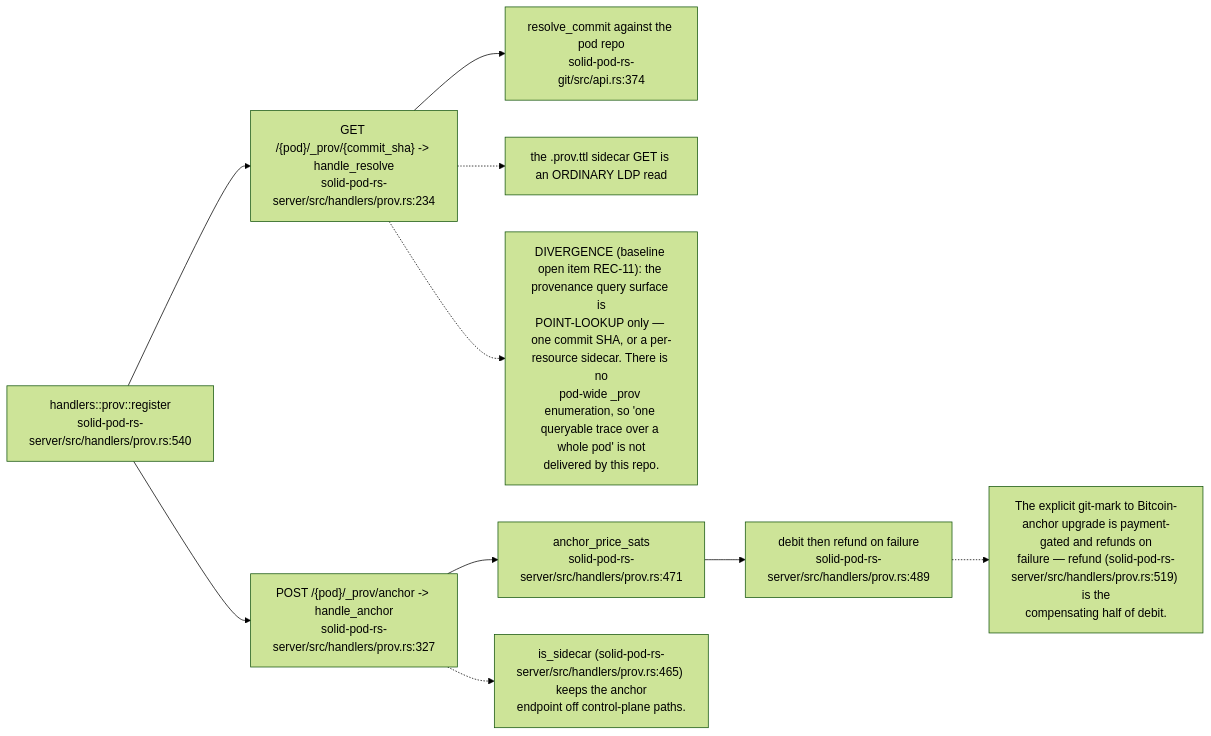
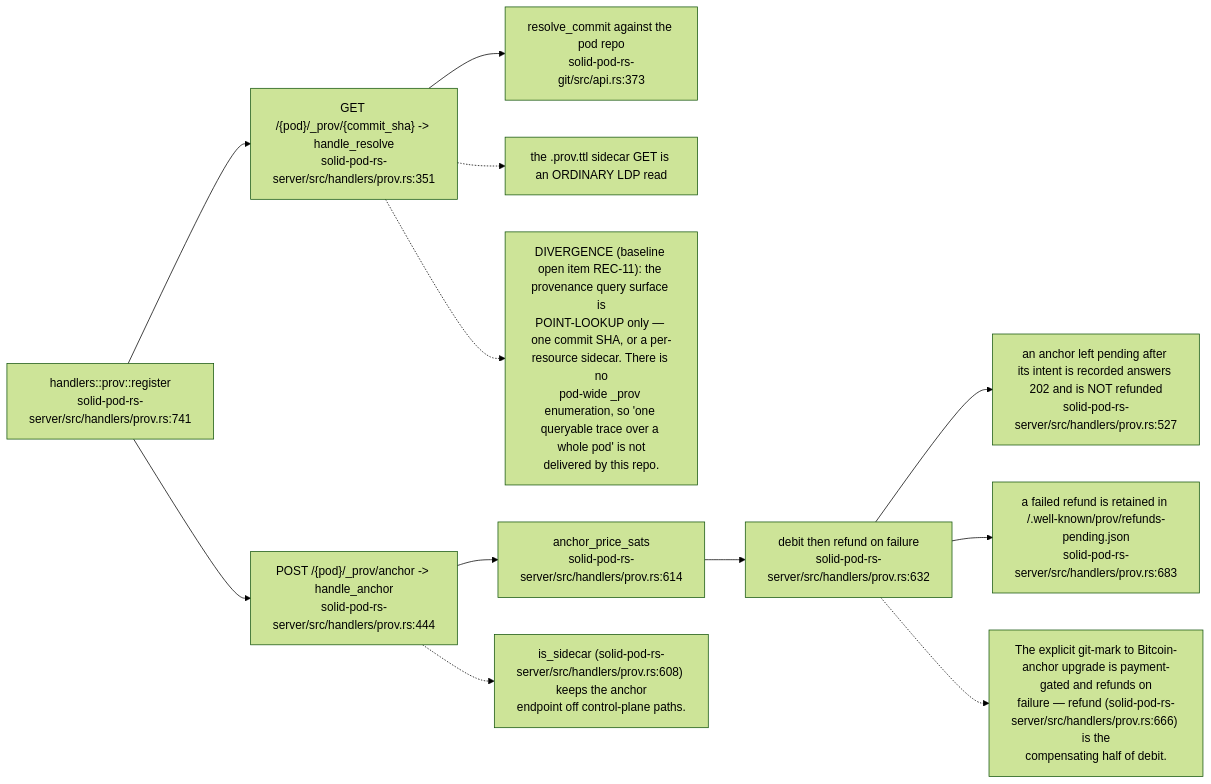
One commit to DreamLab-AI/VisionFlow changed the sixth of 19 diagrams in docs/diagrams/solid-pod-rs/07-provenance-and-payments.md. Above: the diagram before and after it, drawn with Mermaid (forest theme). The commit also changed other lines of this file and 160 other files, not shown here.

````diff
--- a/docs/diagrams/solid-pod-rs/07-provenance-and-payments.md
+++ b/docs/diagrams/solid-pod-rs/07-provenance-and-payments.md
@@ -192,21 +194,25 @@
 ```mermaid
 flowchart LR
-    R1["GET /{pod}/_prov/{commit_sha} -> handle_resolve<br/>solid-pod-rs-server/src/handlers/prov.rs:234"]
-    R2["POST /{pod}/_prov/anchor -> handle_anchor<br/>solid-pod-rs-server/src/handlers/prov.rs:327"]
-    REG["handlers::prov::register<br/>solid-pod-rs-server/src/handlers/prov.rs:540"]
-    RC["resolve_commit against the pod repo<br/>solid-pod-rs-git/src/api.rs:374"]
-    PRICE["anchor_price_sats<br/>solid-pod-rs-server/src/handlers/prov.rs:471"]
-    DEB["debit then refund on failure<br/>solid-pod-rs-server/src/handlers/prov.rs:489"]
+    R1["GET /{pod}/_prov/{commit_sha} -> handle_resolve<br/>solid-pod-rs-server/src/handlers/prov.rs:351"]
+    R2["POST /{pod}/_prov/anchor -> handle_anchor<br/>solid-pod-rs-server/src/handlers/prov.rs:444"]
+    REG["handlers::prov::register<br/>solid-pod-rs-server/src/handlers/prov.rs:741"]
+    RC["resolve_commit against the pod repo<br/>solid-pod-rs-git/src/api.rs:373"]
+    PRICE["anchor_price_sats<br/>solid-pod-rs-server/src/handlers/prov.rs:614"]
+    DEB["debit then refund on failure<br/>solid-pod-rs-server/src/handlers/prov.rs:632"]
+    PEND["an anchor left pending after its intent is recorded answers 202 and is NOT refunded<br/>solid-pod-rs-server/src/handlers/prov.rs:527"]
+    RET["a failed refund is retained in /.well-known/prov/refunds-pending.json<br/>solid-pod-rs-server/src/handlers/prov.rs:683"]
     SIDE["the .prov.ttl sidecar GET is an ORDINARY LDP read"]
 
     REG --> R1 --> RC
     REG --> R2 --> PRICE --> DEB
+    DEB --> PEND
+    DEB --> RET
     R1 -.-> SIDE
 
     N["DIVERGENCE (baseline open item REC-11): the provenance query surface is<br/>POINT-LOOKUP only — one commit SHA, or a per-resource sidecar. There is no<br/>pod-wide _prov enumeration, so 'one queryable trace over a whole pod' is not<br/>delivered by this repo."]
     R1 -.-> N
-    N2["The explicit git-mark to Bitcoin-anchor upgrade is payment-gated and refunds on<br/>failure — refund (solid-pod-rs-server/src/handlers/prov.rs:519) is the<br/>compensating half of debit."]
+    N2["The explicit git-mark to Bitcoin-anchor upgrade is payment-gated and refunds on<br/>failure — refund (solid-pod-rs-server/src/handlers/prov.rs:666) is the<br/>compensating half of debit."]
     DEB -.-> N2
-    N3["is_sidecar (solid-pod-rs-server/src/handlers/prov.rs:465) keeps the anchor<br/>endpoint off control-plane paths."]
+    N3["is_sidecar (solid-pod-rs-server/src/handlers/prov.rs:608) keeps the anchor<br/>endpoint off control-plane paths."]
     R2 -.-> N3
 ```
````
